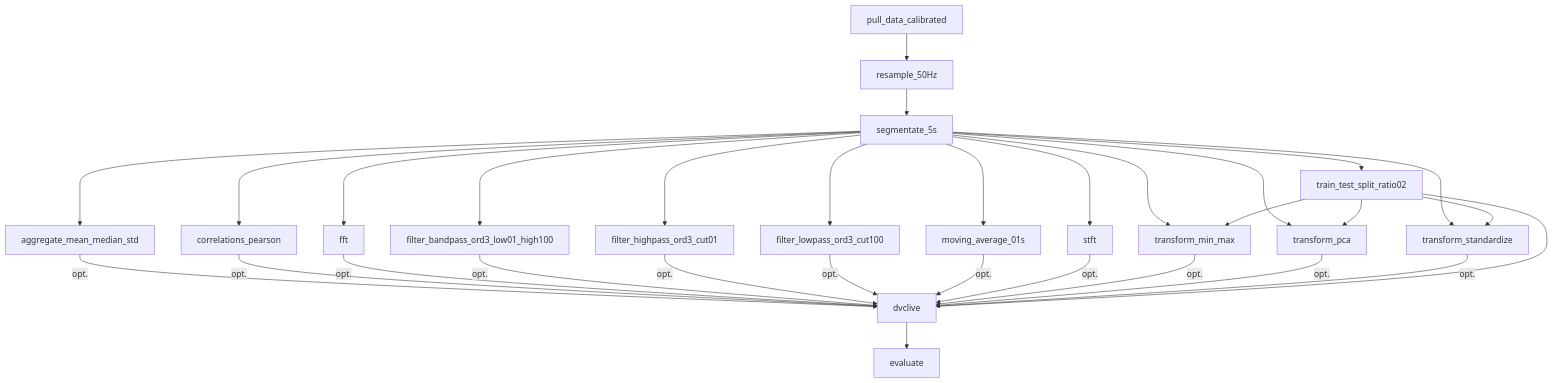
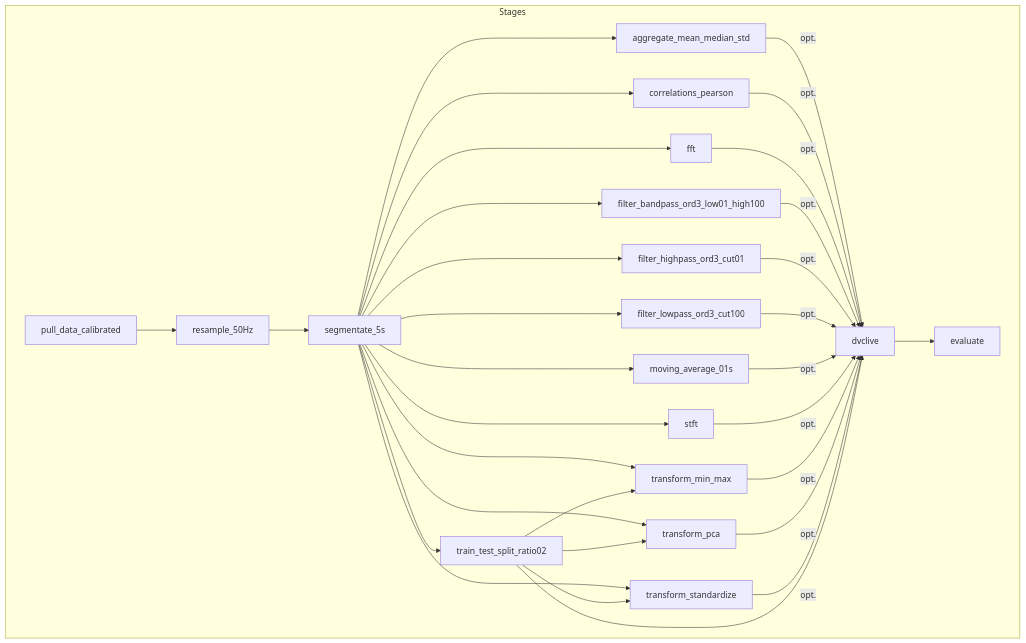
Before and after one commit to Sensor-Based-Activity-Recognition/pipelines: the diagram in src/README.md, drawn with Mermaid. The commit also changed other lines of this file, not shown here.

````diff
--- a/src/README.md
+++ b/src/README.md
@@ -6,52 +6,55 @@
 ```mermaid
 flowchart TD
-        node1["aggregate_mean_median_std"]
-        node2["correlations_pearson"]
-        node3["dvclive"]
-        node4["evaluate"]
-        node5["fft"]
-        node6["filter_bandpass_ord3_low01_high100"]
-        node7["filter_highpass_ord3_cut01"]
-        node8["filter_lowpass_ord3_cut100"]
-        node9["moving_average_01s"]
-        node10["pull_data_calibrated"]
-        node11["resample_50Hz"]
-        node12["segmentate_5s"]
-        node13["stft"]
-        node14["train_test_split_ratio02"]
-        node15["transform_min_max"]
-        node16["transform_pca"]
-        node17["transform_standardize"]
-        node3-->node4
-        node10-->node11
-        node11-->node12
-        node12-->node1
-        node12-->node2
-        node12-->node5
-        node12-->node6
-        node12-->node7
-        node12-->node8
-        node12-->node9
-        node12-->node13
-        node12-->node14
-        node12-->node15
-        node12-->node16
-        node12-->node17
-        
-        node1 -->|opt.| node3
-        node2 -->|opt.| node3
-        node5 -->|opt.| node3
-        node6 -->|opt.| node3
-        node7 -->|opt.| node3
-        node8 -->|opt.| node3
-        node9 -->|opt.| node3
-        node13 -->|opt.| node3
-        node15 -->|opt.| node3
-        node16 -->|opt.| node3
-        node17 -->|opt.| node3
-        
-        node14-->node3
-        node14-->node15
-        node14-->node16
-        node14-->node17
+        subgraph Stages
+        direction LR
+                node1["aggregate_mean_median_std"]
+                node2["correlations_pearson"]
+                node3["dvclive"]
+                node4["evaluate"]
+                node5["fft"]
+                node6["filter_bandpass_ord3_low01_high100"]
+                node7["filter_highpass_ord3_cut01"]
+                node8["filter_lowpass_ord3_cut100"]
+                node9["moving_average_01s"]
+                node10["pull_data_calibrated"]
+                node11["resample_50Hz"]
+                node12["segmentate_5s"]
+                node13["stft"]
+                node14["train_test_split_ratio02"]
+                node15["transform_min_max"]
+                node16["transform_pca"]
+                node17["transform_standardize"]
+                node3-->node4
+                node10-->node11
+                node11-->node12
+                node12-->node1
+                node12-->node2
+                node12-->node5
+                node12-->node6
+                node12-->node7
+                node12-->node8
+                node12-->node9
+                node12-->node13
+                node12-->node14
+                node12-->node15
+                node12-->node16
+                node12-->node17
+
+                node1 -->|opt.| node3
+                node2 -->|opt.| node3
+                node5 -->|opt.| node3
+                node6 -->|opt.| node3
+                node7 -->|opt.| node3
+                node8 -->|opt.| node3
+                node9 -->|opt.| node3
+                node13 -->|opt.| node3
+                node15 -->|opt.| node3
+                node16 -->|opt.| node3
+                node17 -->|opt.| node3
+
+                node14-->node3
+                node14-->node15
+                node14-->node16
+                node14-->node17
+        end
 ```
````
